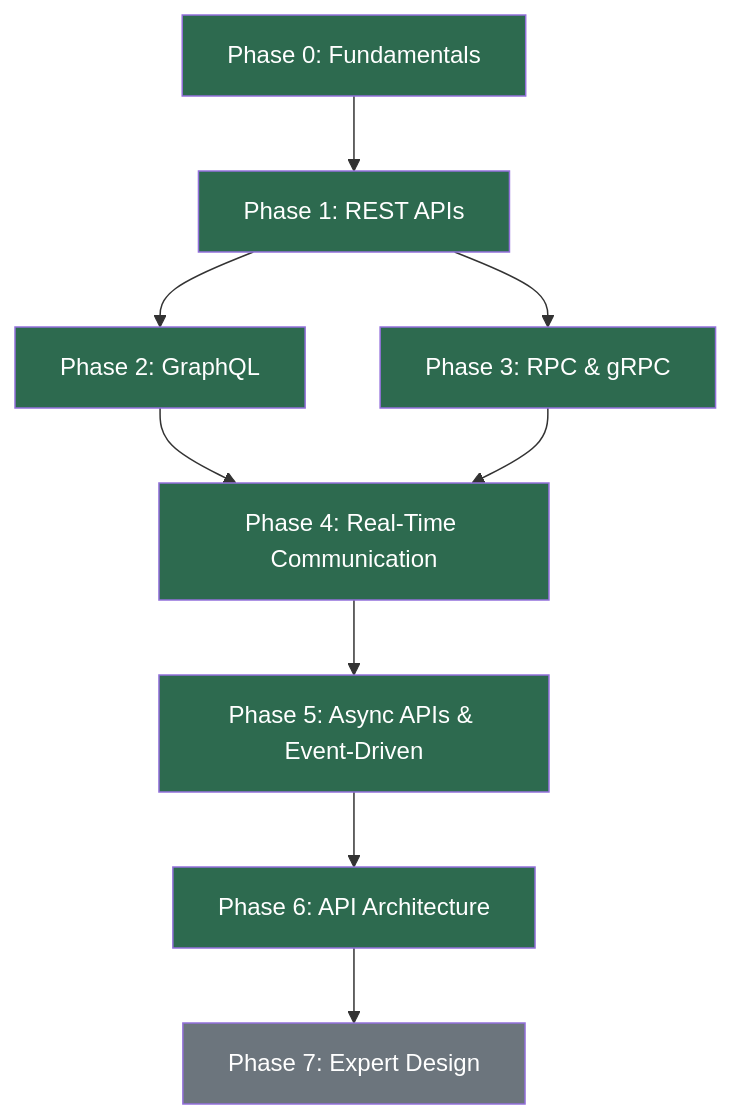
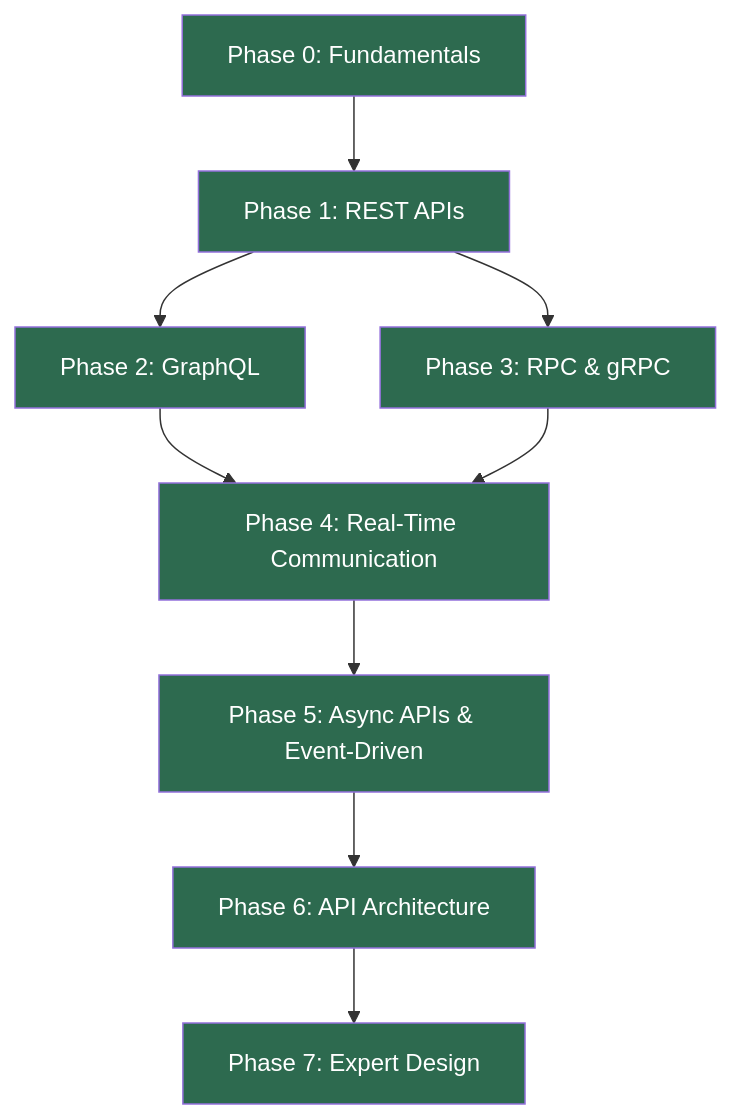
The first of 3 diagrams in README.md (IRFAN2772/API-Communication), drawn with Mermaid before and after one commit. The commit also changed other lines of this file and 4 other files, not shown here.

````diff
--- a/README.md
+++ b/README.md
@@ -17,20 +17,20 @@
 ```mermaid
 graph TD
     A[Phase 0: Fundamentals] --> B[Phase 1: REST APIs]
     B --> C[Phase 2: GraphQL]
     B --> D[Phase 3: RPC & gRPC]
     C --> E[Phase 4: Real-Time Communication]
     D --> E
     E --> F[Phase 5: Async APIs & Event-Driven]
     F --> G[Phase 6: API Architecture]
     G --> H[Phase 7: Expert Design]
 
     style A fill:#2d6a4f,color:#fff
     style B fill:#2d6a4f,color:#fff
     style C fill:#2d6a4f,color:#fff
     style D fill:#2d6a4f,color:#fff
     style E fill:#2d6a4f,color:#fff
     style F fill:#2d6a4f,color:#fff
     style G fill:#2d6a4f,color:#fff
-    style H fill:#6c757d,color:#fff
+    style H fill:#2d6a4f,color:#fff
 ```
````
